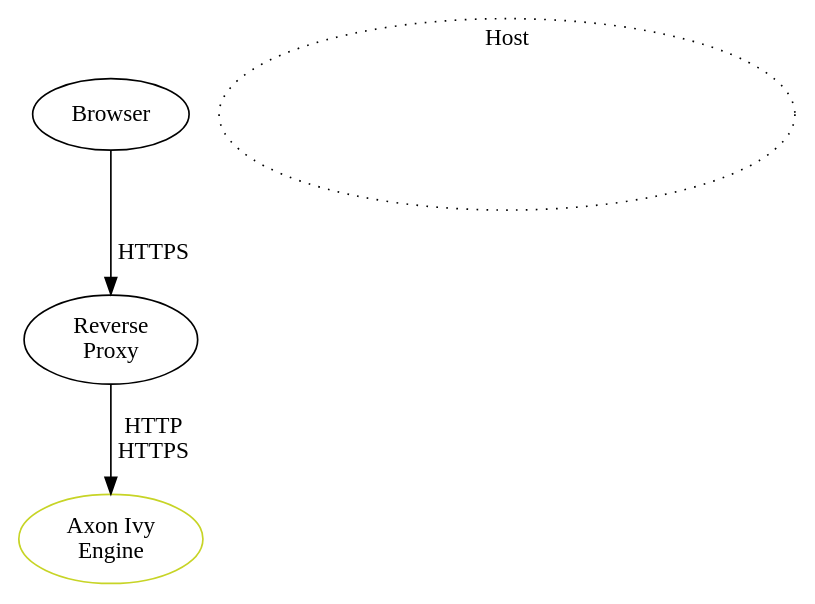
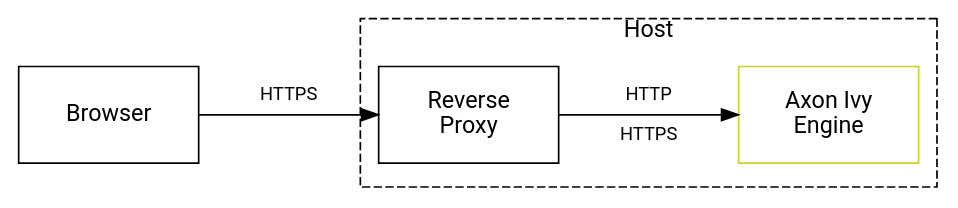
The diagram in source/engine-guide/integration/reverse-proxy/secure-setup/same-host.dot (bernhardAxonIvy/doc), drawn with Graphviz before and after one commit. The commit also changed 28 other files, not shown here.

```diff
--- a/source/engine-guide/integration/reverse-proxy/secure-setup/same-host.dot
+++ b/source/engine-guide/integration/reverse-proxy/secure-setup/same-host.dot
@@ -1,11 +1,19 @@
+digraph overview {
+  layout=neato;
+  node [shape=box, fontname="Roboto,Helvetica Neue,Arial,sans-serif",margin=0.1, fixedsize="true"]; 
+  
+  /* nodes */
+  browser      [label="Browser",                pos="0.0,2.5!", height="0.8", width="1.5"];
+  reverseproxy [label="Reverse\nProxy",         pos="3.0,2.5!", height="0.8", width="1.5"];
+  engine       [label="Axon Ivy\nEngine",       pos="6.0,2.5!", height="0.8", width="1.5", color="#C7D426", fontcolor="black"];
 
-digraph overview {
-  browser [ label="Browser", pos = "0,2.5!", width="1.3" height="0.6"];
-  reverseproxy [ label="Reverse\nProxy", pos="3,2.5!" width="1.3" height="0.6"]
-  engine [label="Axon Ivy\nEngine", pos="6,2.5!", height="0.6", width="1.3", color="#C7D426", fontcolor="black"];
+  host         [label="Host",                   pos="4.5,2.6!", height="1.4", width="4.8", style="dashed", fontcolor="black", labelloc="t"];
+  
+  /* edges */
+  browser -> reverseproxy;
+  reverseproxy -> engine;
 
-  host [ label="Host",pos = "4.5,2.6!" width=4.8 height=1.6 style="dotted" fontcolor="black" labelloc="t"];
-  
-  browser -> reverseproxy [ label="HTTPS"];
-  reverseproxy -> engine [ label="HTTP\nHTTPS" ];
+  /* edge labels */
+  browser_reverseproxy [label="HTTPS\n \n ",    pos="1.5,2.5!", height="0.8", width="1.7",shape=none,fillcolor=none,fontcolor="black",fontsize="11"];
+  reverseproxy_engine  [label="HTTP\n \nHTTPS", pos="4.5,2.5!", height="0.8", width="1.7",shape=none,fillcolor=none,fontcolor="black",fontsize="11"];
 }
```
